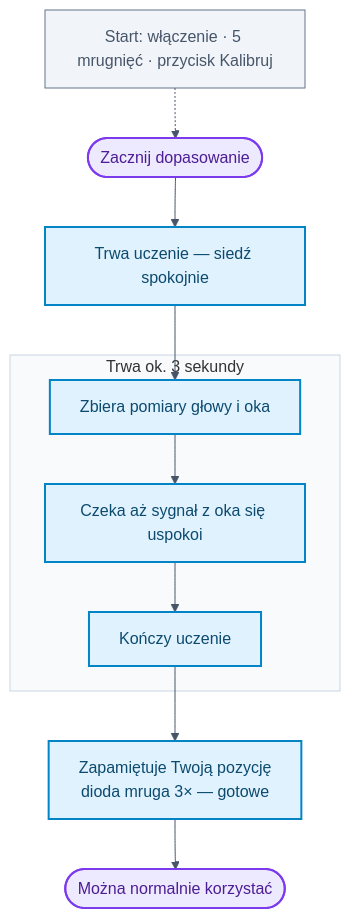
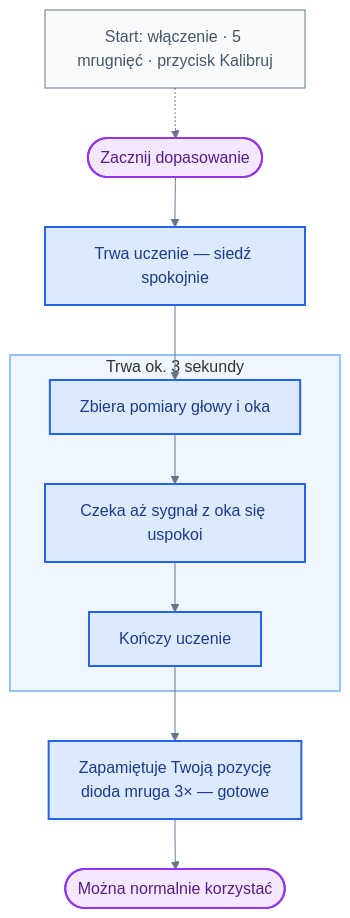
The sixth of 10 diagrams in README.md (bartkadres-ai/HEFAS-4.0), drawn with Mermaid before and after one commit. The commit also changed other lines of this file, not shown here.

````diff
--- a/README.md
+++ b/README.md
@@ -482,24 +498,25 @@
 ```mermaid
-%%{init: { 'theme': 'default', 'themeVariables': { 'darkMode': false, 'background': '#ffffff', 'mainBkg': '#ffffff', 'primaryColor': '#ffffff', 'secondaryColor': '#ffffff', 'tertiaryColor': '#ffffff', 'primaryTextColor': '#1e293b', 'lineColor': '#475569', 'clusterBkg': '#f8fafc', 'clusterBorder': '#cbd5e1', 'edgeLabelBackground': '#ffffff', 'noteBkgColor': '#f8fafc', 'noteTextColor': '#475569' }}}%%
+%%{init: { 'theme': 'default', 'themeVariables': { 'darkMode': false, 'background': '#ffffff', 'mainBkg': '#ffffff', 'primaryColor': '#ffffff', 'secondaryColor': '#ffffff', 'tertiaryColor': '#ffffff', 'primaryTextColor': '#1e293b', 'secondaryTextColor': '#334155', 'lineColor': '#64748b', 'primaryBorderColor': '#94a3b8', 'clusterBkg': '#f1f5f9', 'clusterBorder': '#94a3b8', 'edgeLabelBackground': '#ffffff', 'noteBkgColor': '#f8fafc', 'noteTextColor': '#475569', 'fontFamily': 'arial' }}}%%
 flowchart TD
     KTRIG["Start: włączenie · 5 mrugnięć · przycisk Kalibruj"] -.-> K0
     K0([Zacznij dopasowanie]) --> K1["Trwa uczenie — siedź spokojnie"]
     K1 --> T1
 
     subgraph TICK["Trwa ok. 3 sekundy"]
         T1["Zbiera pomiary głowy i oka"]
         T2["Czeka aż sygnał z oka się uspokoi"]
         T3[Kończy uczenie]
         T1 --> T2 --> T3
     end
 
     T3 --> K4["Zapamiętuje Twoją pozycję<br/>dioda mruga 3× — gotowe"]
     K4 --> KON([Można normalnie korzystać])
 
-    classDef startEnd fill:#ede9fe,stroke:#7c3aed,stroke-width:2px,color:#4c1d95
-    classDef process fill:#e0f2fe,stroke:#0284c7,stroke-width:2px,color:#0c4a6e
-    classDef trigger fill:#f1f5f9,stroke:#64748b,stroke-width:1px,color:#475569
+    classDef startEnd fill:#f3e8ff,stroke:#9333ea,stroke-width:2px,color:#581c87
+    classDef process fill:#dbeafe,stroke:#2563eb,stroke-width:2px,color:#1e3a8a
+    classDef trigger fill:#f8fafc,stroke:#64748b,stroke-width:1px,color:#475569
     class K0,KON startEnd
     class K1,T1,T2,T3,K4 process
     class KTRIG trigger
+    style TICK fill:#eff6ff,stroke:#93c5fd,stroke-width:2px
 ```
````
